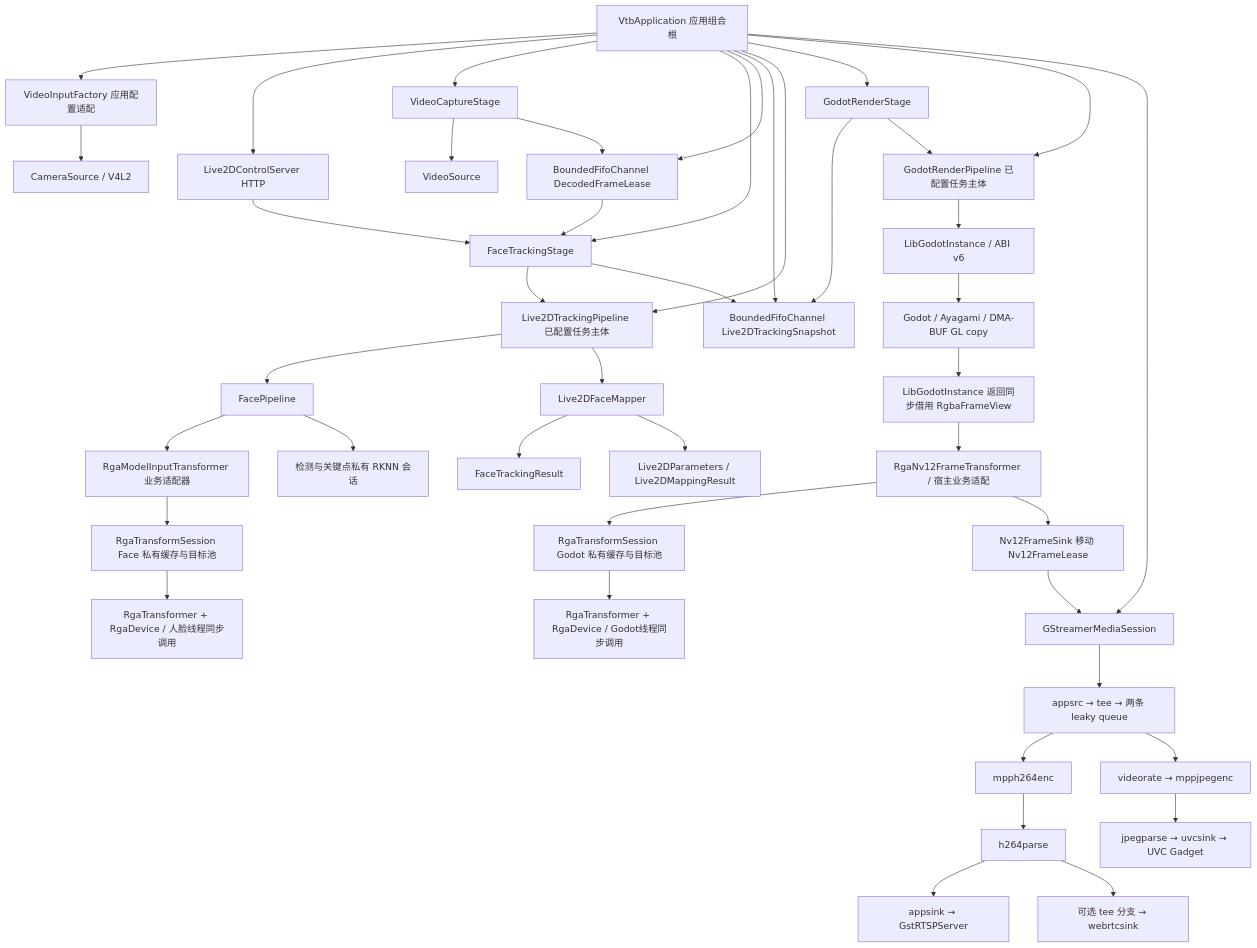
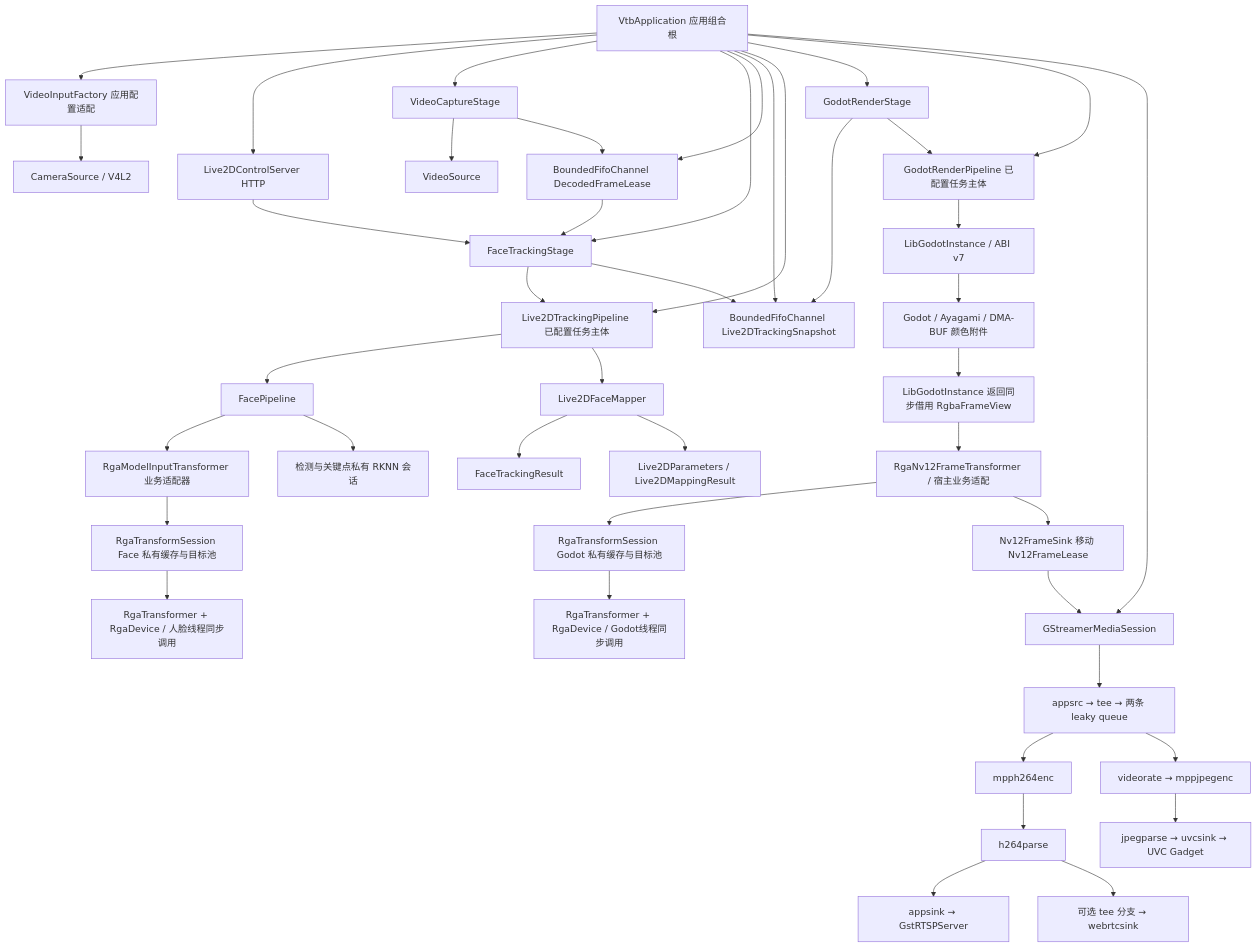
The diagram in docs/module-boundaries.md (ytnxneydhsx/VTB), drawn with Mermaid before and after one commit. The commit also changed other lines of this file and 18 other files, not shown here.

Commit message:
perf(live2d): render directly into RGA input DMA-BUF

````diff
--- a/docs/module-boundaries.md
+++ b/docs/module-boundaries.md
@@ -22,45 +23,45 @@
 ```mermaid
 flowchart TB
     App[VtbApplication 应用组合根] --> Factory[VideoInputFactory 应用配置适配]
     Factory --> Capture[CameraSource / V4L2]
     App --> Control[Live2DControlServer HTTP]
     App --> CaptureStage[VideoCaptureStage]
     App --> FaceStage[FaceTrackingStage]
     App --> FrameChannel[BoundedFifoChannel DecodedFrameLease]
     App --> TrackingChannel[BoundedFifoChannel Live2DTrackingSnapshot]
     Control --> FaceStage
     CaptureStage --> Video[VideoSource]
     CaptureStage --> FrameChannel
     FrameChannel --> FaceStage
     App --> TrackingPipeline[Live2DTrackingPipeline 已配置任务主体]
     FaceStage --> TrackingPipeline
     TrackingPipeline --> Face[FacePipeline]
     Face --> RgaAdapter[RgaModelInputTransformer 业务适配器]
     RgaAdapter --> FaceSession[RgaTransformSession Face 私有缓存与目标池]
     Face --> RknnSessions[检测与关键点私有 RKNN 会话]
     TrackingPipeline --> Mapper[Live2DFaceMapper]
     FaceStage --> TrackingChannel
     Mapper --> FaceData[FaceTrackingResult]
     Mapper --> Values[Live2DParameters / Live2DMappingResult]
     App --> GodotStage[GodotRenderStage]
     App --> GodotPipeline[GodotRenderPipeline 已配置任务主体]
     GodotStage --> TrackingChannel
     GodotStage --> GodotPipeline
-    GodotPipeline --> Godot[LibGodotInstance / ABI v6]
-    Godot --> Render[Godot / Ayagami / DMA-BUF GL copy]
+    GodotPipeline --> Godot[LibGodotInstance / ABI v7]
+    Godot --> Render[Godot / Ayagami / DMA-BUF 颜色附件]
     Render --> RgbaView[LibGodotInstance 返回同步借用 RgbaFrameView]
     RgbaView --> Rga[RgaNv12FrameTransformer / 宿主业务适配]
     Rga --> GodotSession[RgaTransformSession Godot 私有缓存与目标池]
     FaceSession --> FaceRga[RgaTransformer + RgaDevice / 人脸线程同步调用]
     GodotSession --> GodotRga[RgaTransformer + RgaDevice / Godot线程同步调用]
     Rga --> Nv12Sink[Nv12FrameSink 移动 Nv12FrameLease]
     App --> Media[GStreamerMediaSession]
     Nv12Sink --> Media
     Media --> GstRaw[appsrc → tee → 两条 leaky queue]
     GstRaw --> H264[mpph264enc]
     GstRaw --> Mjpeg[videorate → mppjpegenc]
     H264 --> H264Parser[h264parse]
     H264Parser --> Network[appsink → GstRTSPServer]
     H264Parser --> WebRTC[可选 tee 分支 → webrtcsink]
     Mjpeg --> Uvc[jpegparse → uvcsink → UVC Gadget]
 ```
````
